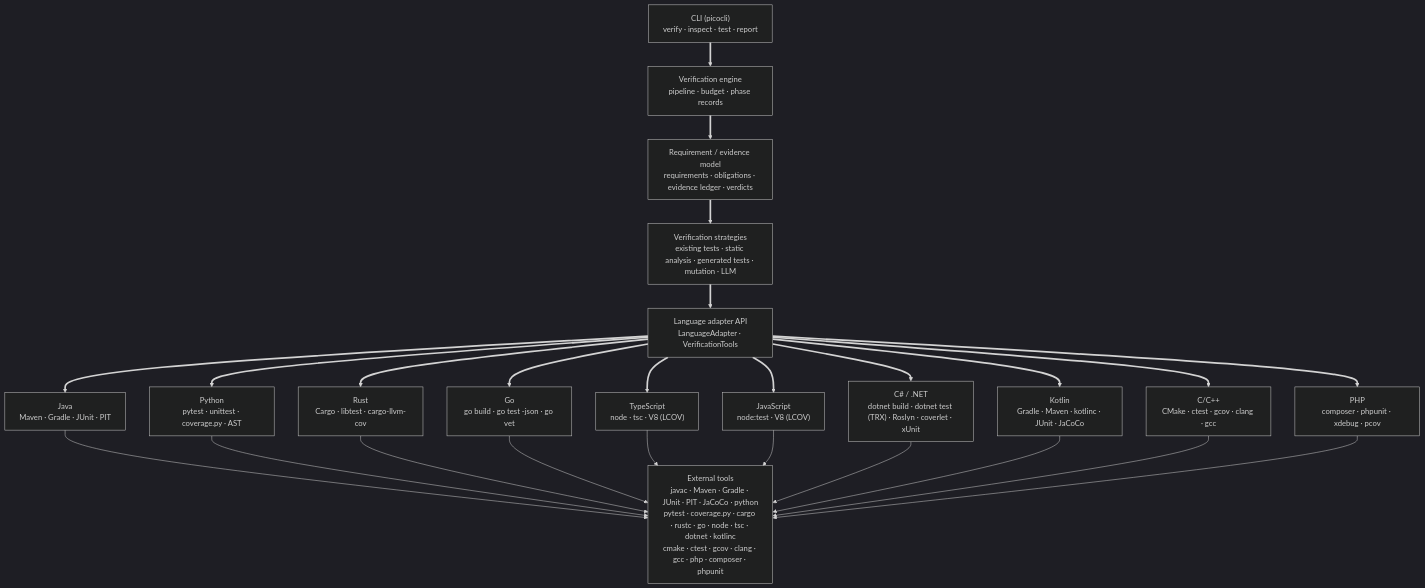
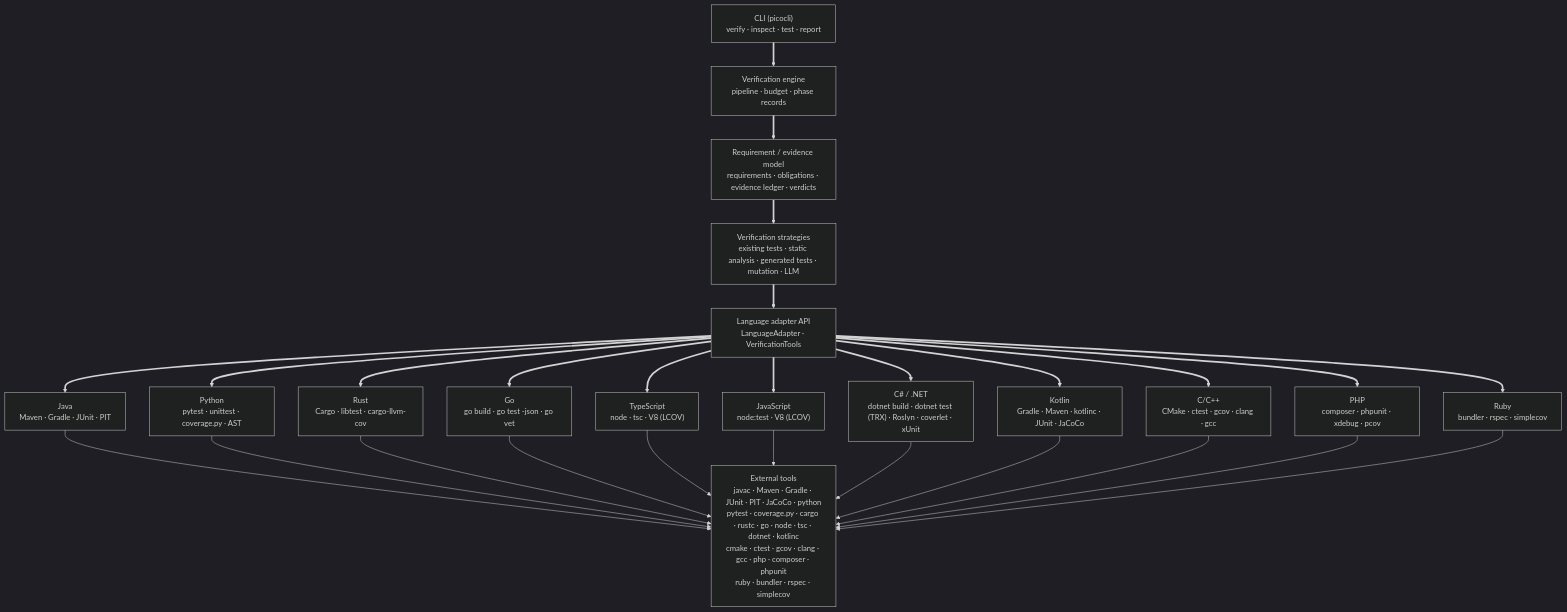
One commit to thread3d/codewitness changed the diagram in ARCHITECTURE.md. Above: the diagram before and after it, drawn with Mermaid (dark theme). The commit also changed other lines of this file and 70 other files, not shown here.

````diff
--- a/ARCHITECTURE.md
+++ b/ARCHITECTURE.md
@@ -37,43 +37,46 @@
 ```mermaid
 flowchart TD
     CLI["CLI (picocli)<br/>verify · inspect · test · report"]
     ENGINE["Verification engine<br/>pipeline · budget · phase records"]
     MODEL["Requirement / evidence model<br/>requirements · obligations · evidence ledger · verdicts"]
     STRATEGIES["Verification strategies<br/>existing tests · static analysis · generated tests · mutation · LLM"]
     SPI["Language adapter API<br/>LanguageAdapter · VerificationTools"]
 
     JAVA["Java<br/>Maven · Gradle · JUnit · PIT"]
     PYTHON["Python<br/>pytest · unittest · coverage.py · AST"]
     RUST["Rust<br/>Cargo · libtest · cargo-llvm-cov"]
     GO["Go<br/>go build · go test -json · go vet"]
     TS["TypeScript<br/>node · tsc · V8 (LCOV)"]
     JS["JavaScript<br/>node:test · V8 (LCOV)"]
     CSHARP["C# / .NET<br/>dotnet build · dotnet test (TRX) · Roslyn · coverlet · xUnit"]
     KOTLIN["Kotlin<br/>Gradle · Maven · kotlinc · JUnit · JaCoCo"]
     CPP["C/C++<br/>CMake · ctest · gcov · clang · gcc"]
     PHP["PHP<br/>composer · phpunit · xdebug · pcov"]
+    RUBY["Ruby<br/>bundler · rspec · simplecov"]
 
-    TOOLS["External tools<br/>javac · Maven · Gradle · JUnit · PIT · JaCoCo · python<br/>pytest · coverage.py · cargo · rustc · go · node · tsc · dotnet · kotlinc<br/>cmake · ctest · gcov · clang · gcc · php · composer · phpunit"]
+    TOOLS["External tools<br/>javac · Maven · Gradle · JUnit · PIT · JaCoCo · python<br/>pytest · coverage.py · cargo · rustc · go · node · tsc · dotnet · kotlinc<br/>cmake · ctest · gcov · clang · gcc · php · composer · phpunit<br/>ruby · bundler · rspec · simplecov"]
 
     CLI ==> ENGINE ==> MODEL ==> STRATEGIES ==> SPI
     SPI ==> JAVA
     SPI ==> PYTHON
     SPI ==> RUST
     SPI ==> GO
     SPI ==> TS
     SPI ==> JS
     SPI ==> CSHARP
     SPI ==> KOTLIN
     SPI ==> CPP
     SPI ==> PHP
+    SPI ==> RUBY
     JAVA --> TOOLS
     PYTHON --> TOOLS
     RUST --> TOOLS
     GO --> TOOLS
     TS --> TOOLS
     JS --> TOOLS
     CSHARP --> TOOLS
     KOTLIN --> TOOLS
     CPP --> TOOLS
     PHP --> TOOLS
+    RUBY --> TOOLS
 ```
````
